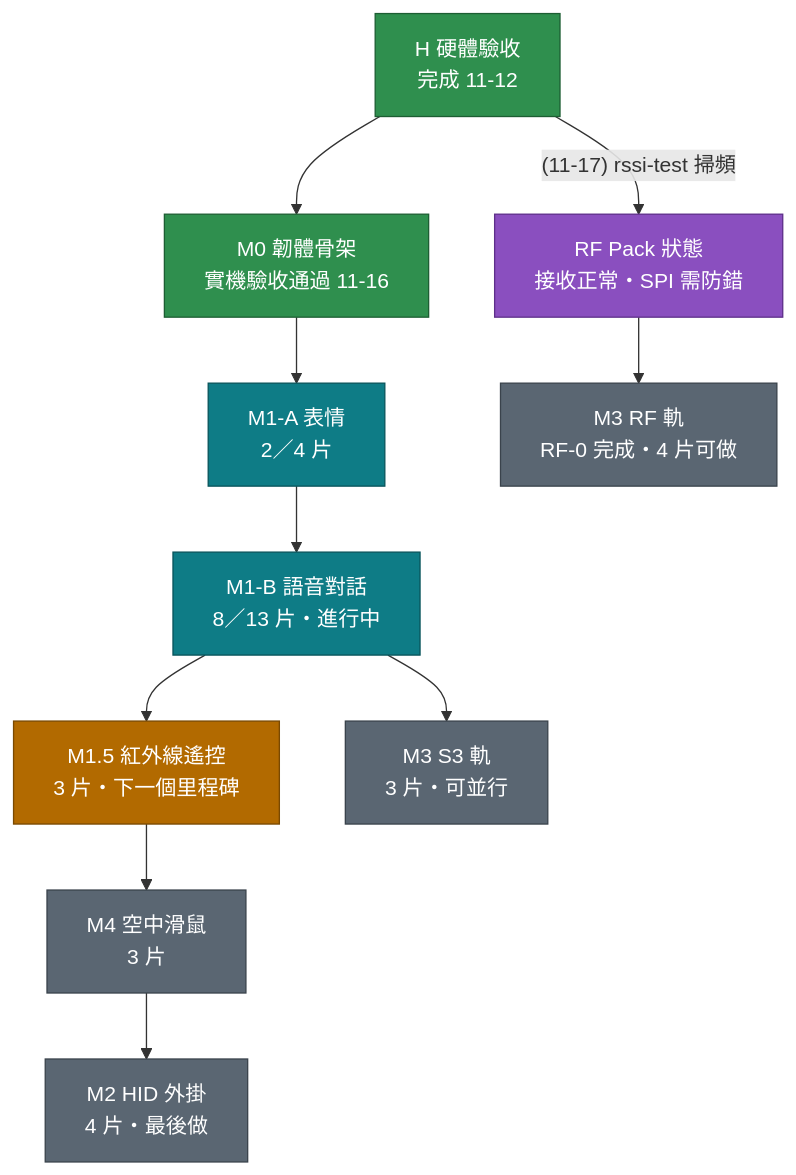
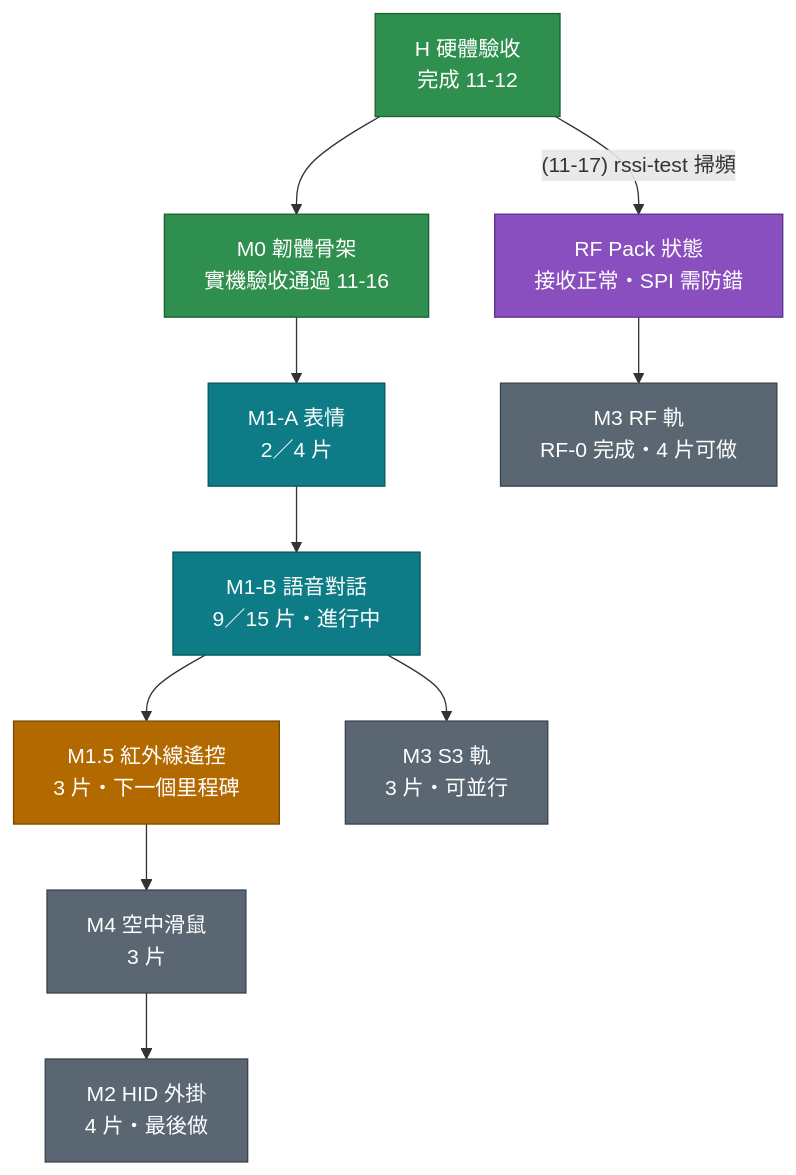
One commit to MilesYP/m5sticks3 changed the first of 2 diagrams in docs/StickS3 執行計劃.md. Above: the diagram before and after it, drawn with Mermaid. The commit also changed other lines of this file and 15 other files, not shown here.

````diff
--- a/docs/StickS3 執行計劃.md
+++ b/docs/StickS3 執行計劃.md
@@ -29,28 +29,28 @@
 ```mermaid
 flowchart TD
     H["H 硬體驗收<br>完成 11-12"]
     M0["M0 韌體骨架<br>實機驗收通過 11-16"]
     M1A["M1-A 表情<br>2／4 片"]
-    M1B["M1-B 語音對話<br>8／13 片・進行中"]
+    M1B["M1-B 語音對話<br>9／15 片・進行中"]
     M15["M1.5 紅外線遙控<br>3 片・下一個里程碑"]
     M4["M4 空中滑鼠<br>3 片"]
     M2["M2 HID 外掛<br>4 片・最後做"]
     M3S["M3 S3 軌<br>3 片・可並行"]
     M3R["M3 RF 軌<br>RF-0 完成・4 片可做"]
     RS["RF Pack 狀態<br>接收正常・SPI 需防錯"]
 
     H --> M0 --> M1A --> M1B --> M15 --> M4 --> M2
     M1B --> M3S
     H -->|"(11-17) rssi-test 掃頻"| RS --> M3R
 
     classDef done fill:#2f8f4e,color:#ffffff,stroke:#1d5e33
     classDef doing fill:#0e7c86,color:#ffffff,stroke:#08545b
     classDef next fill:#b26a00,color:#ffffff,stroke:#7a4900
     classDef todo fill:#5a6672,color:#ffffff,stroke:#3a434c
     classDef gate fill:#8a4fbf,color:#ffffff,stroke:#5e2f8a
     class H,M0 done
     class M1A,M1B doing
     class M15 next
     class M4,M2,M3S,M3R todo
     class RS gate
 ```
````
